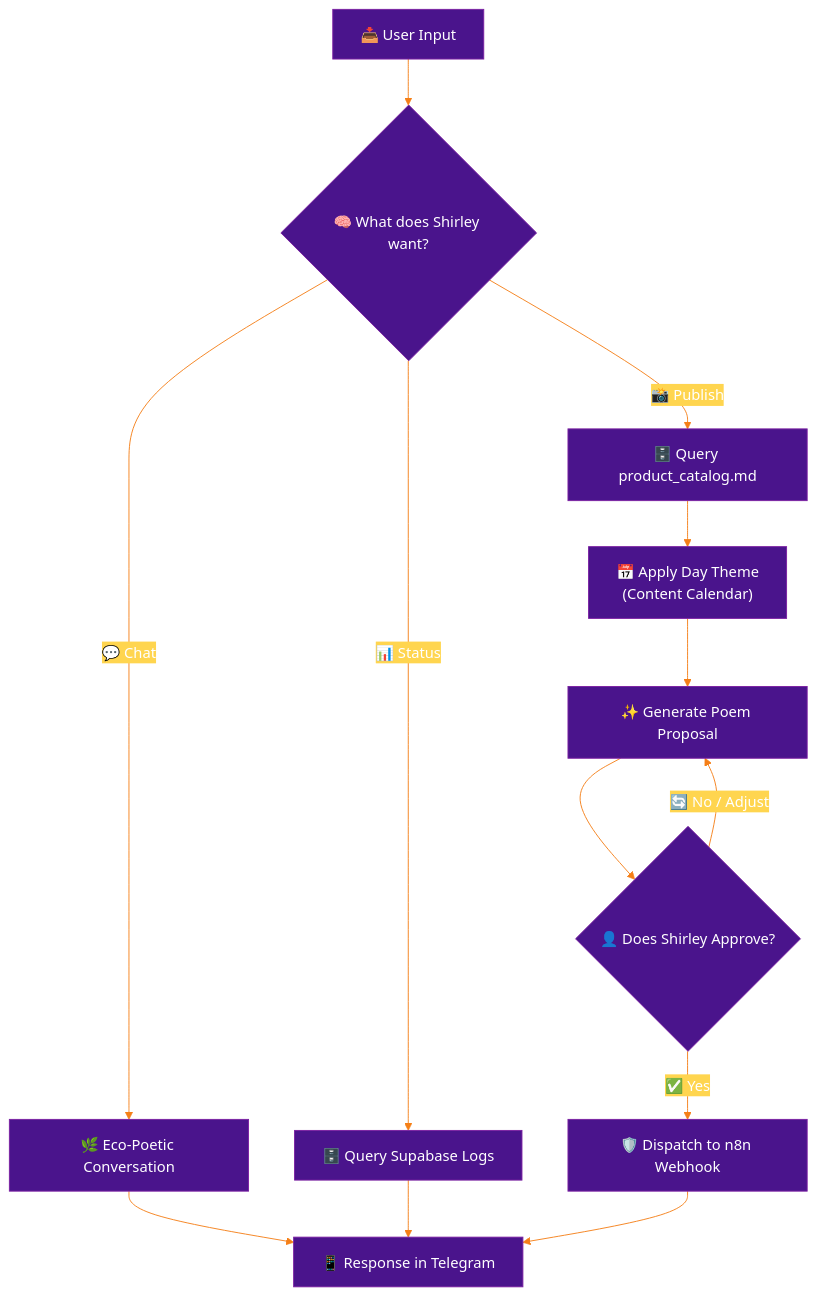
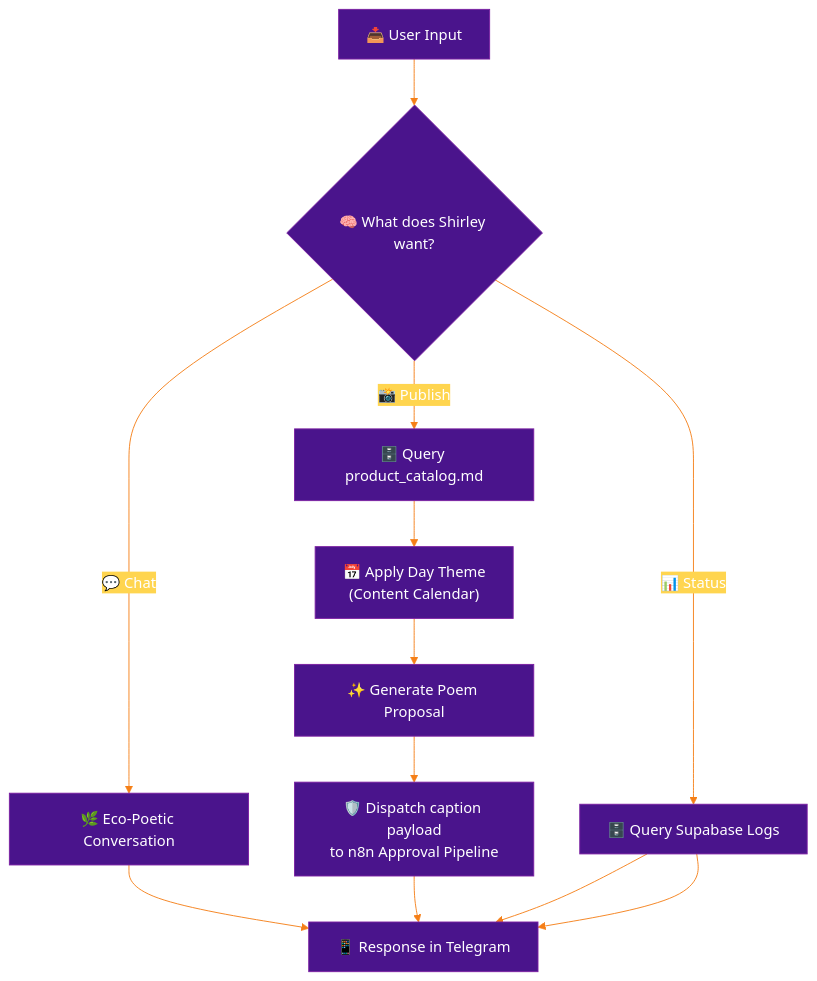
Before and after one commit to aleocampodev/LobsterMarketing: the third of 3 diagrams in specs/architecture.md, drawn with Mermaid. The commit also changed other lines of this file and 12 other files, not shown here.

````diff
--- a/specs/architecture.md
+++ b/specs/architecture.md
@@ -162,31 +174,29 @@
 ```mermaid
 %%{init: {'theme': 'base', 'themeVariables': {
   'primaryColor': '#4A148C',
   'primaryTextColor': '#fff',
   'primaryBorderColor': '#7B1FA2',
   'lineColor': '#F57F17',
   'secondaryColor': '#FFD54F',
   'tertiaryColor': '#FFF8E1',
   'mainBkg': '#4A148C',
   'nodeBorder': '#7B1FA2',
   'clusterBkg': '#F3E5F5',
   'clusterBorder': '#CE93D8'
 }}}%%
 graph TD
     In["📥 User Input"] --> Detect{"🧠 What does Shirley want?"}
 
     Detect -- "💬 Chat" --> Chat["🌿 Eco-Poetic Conversation"]
     Detect -- "📸 Publish" --> DB["🗄️ Query product_catalog.md"]
     Detect -- "📊 Status" --> Stats["🗄️ Query Supabase Logs"]
 
     DB --> Template["📅 Apply Day Theme<br/>(Content Calendar)"]
     Template --> Gen["✨ Generate Poem Proposal"]
-    Gen --> Approval{"👤 Does Shirley Approve?"}
+    Gen --> Dispatch["🛡️ Dispatch caption payload<br/>to n8n Approval Pipeline"]
 
-    Approval -- "🔄 No / Adjust" --> Gen
-    Approval -- "✅ Yes" --> Dispatch["🛡️ Dispatch to n8n Webhook"]
-
-    Chat --> Response["📱 Response in Telegram"]
+    Stats --> Response["📱 Response in Telegram"]
+    Chat --> Response
     Stats --> Response
     Dispatch --> Response
 ```
````
